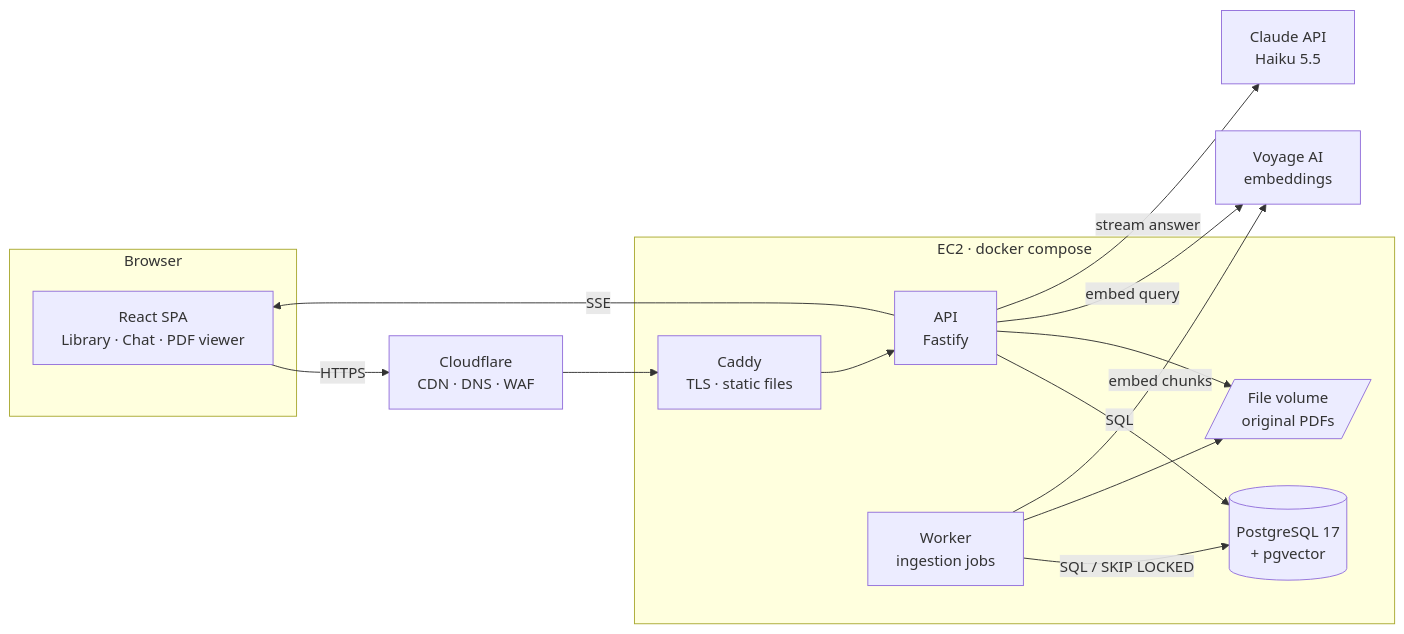
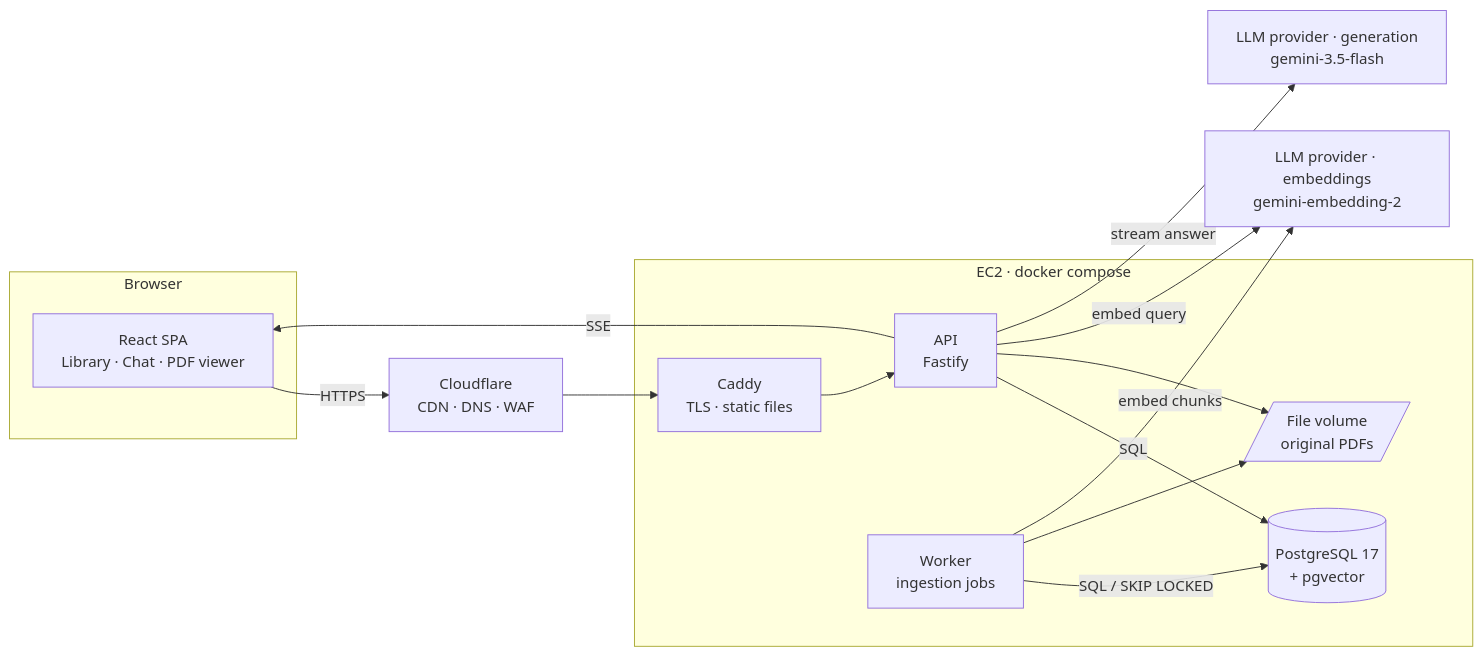
The first of 3 diagrams in docs/ARCHITECTURE.md (manak-gupta/documind), drawn with Mermaid before and after one commit. The commit also changed other lines of this file and 3 other files, not shown here.

Commit message:
docs: switch to provider-agnostic LLM layer with Gemini free tier and server-side citation verification

````diff
--- a/docs/ARCHITECTURE.md
+++ b/docs/ARCHITECTURE.md
@@ -28,26 +28,26 @@
 ```mermaid
 flowchart LR
   subgraph Browser
     W[React SPA<br/>Library · Chat · PDF viewer]
   end
   subgraph EC2[EC2 · docker compose]
     P[Caddy<br/>TLS · static files]
     A[API<br/>Fastify]
     K[Worker<br/>ingestion jobs]
     D[(PostgreSQL 17<br/>+ pgvector)]
     F[/File volume<br/>original PDFs/]
   end
   CF[Cloudflare<br/>CDN · DNS · WAF]
-  V[Voyage AI<br/>embeddings]
-  C[Claude API<br/>Haiku 5.5]
+  V[LLM provider · embeddings<br/>gemini-embedding-2]
+  C[LLM provider · generation<br/>gemini-3.5-flash]
 
   W -- HTTPS --> CF --> P --> A
   A -- SQL --> D
   K -- SQL / SKIP LOCKED --> D
   A --> F
   K --> F
   K -- embed chunks --> V
   A -- embed query --> V
   A -- stream answer --> C
   A -- SSE --> W
 ```
````
